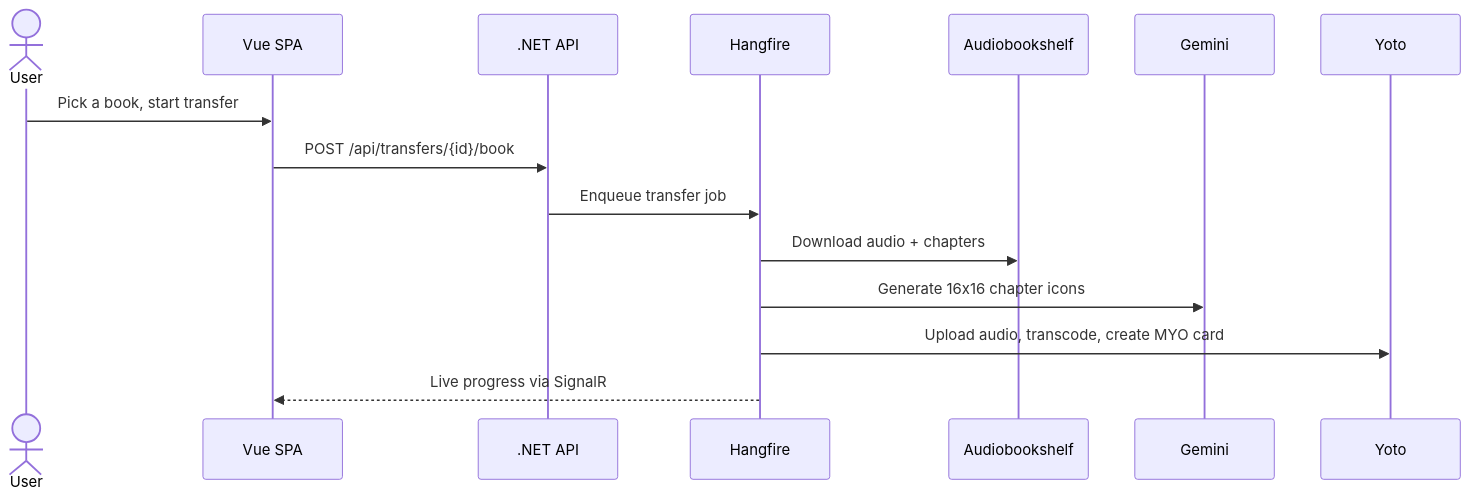
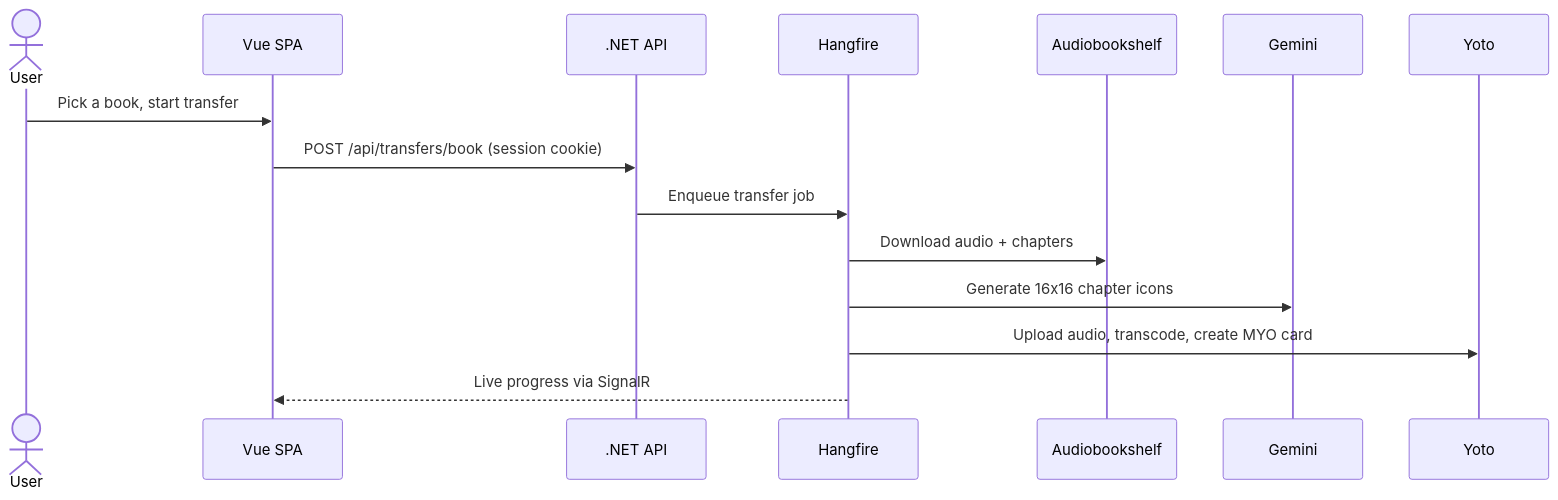
Before and after one commit to O-Mutt/AudioYotoShelf: the second of 2 diagrams in README.md, drawn with Mermaid. The commit also changed other lines of this file, not shown here.

First line of the commit message:
docs: document session auth, admin analytics, and observability

````diff
--- a/README.md
+++ b/README.md
@@ -49,18 +52,18 @@
 ```mermaid
 sequenceDiagram
     actor U as User
     participant SPA as Vue SPA
     participant API as .NET API
     participant HF as Hangfire
     participant ABS as Audiobookshelf
     participant G as Gemini
     participant Y as Yoto
 
     U->>SPA: Pick a book, start transfer
-    SPA->>API: POST /api/transfers/{id}/book
+    SPA->>API: POST /api/transfers/book (session cookie)
     API->>HF: Enqueue transfer job
     HF->>ABS: Download audio + chapters
     HF->>G: Generate 16x16 chapter icons
     HF->>Y: Upload audio, transcode, create MYO card
     HF-->>SPA: Live progress via SignalR
 ```
````
